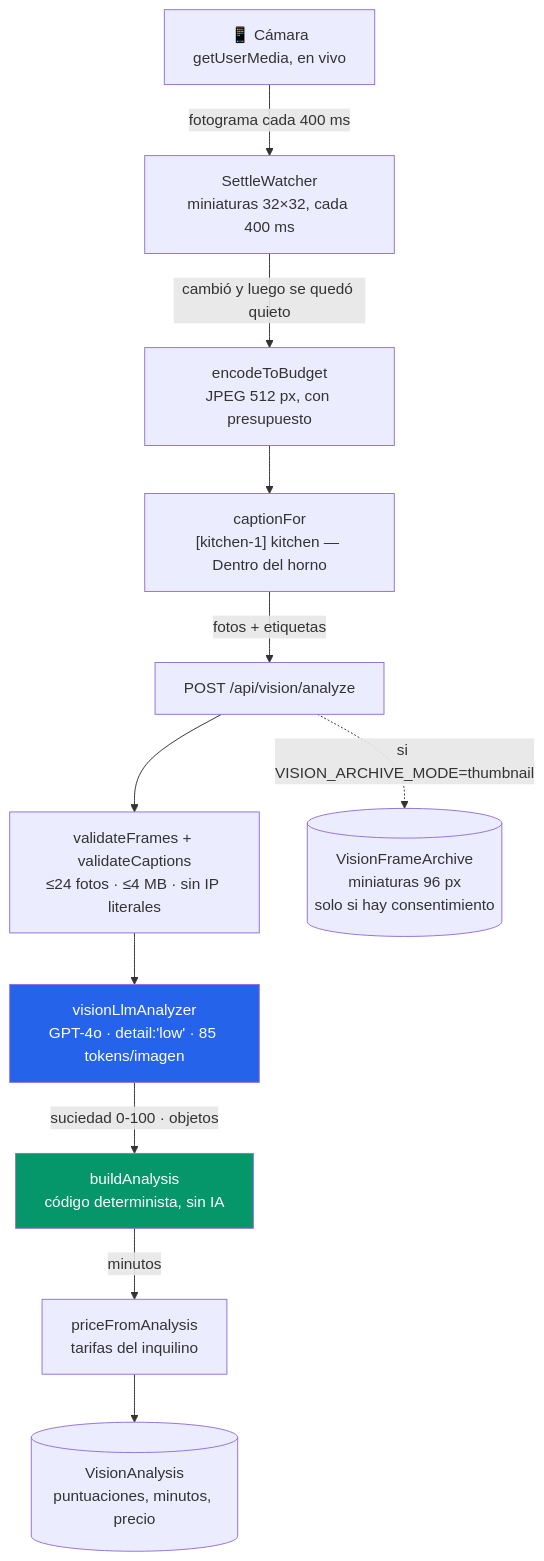
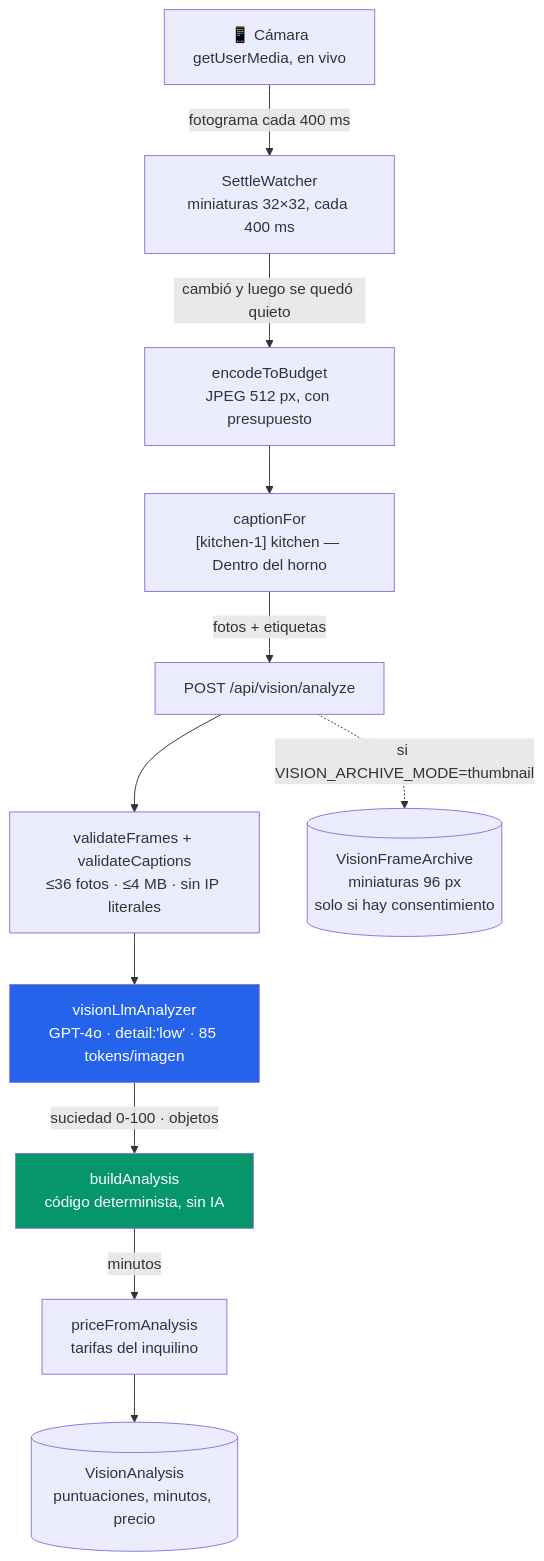
The first of 6 diagrams in docs/ARQUITECTURA.md (lapc276-sys/uberserviciosapp), drawn with Mermaid before and after one commit. The commit also changed 28 other files, not shown here.

````diff
--- a/docs/ARQUITECTURA.md
+++ b/docs/ARQUITECTURA.md
@@ -18,30 +18,30 @@
 ```mermaid
 flowchart TD
     CAM["📱 Cámara<br/>getUserMedia, en vivo"]
     WATCH["SettleWatcher<br/>miniaturas 32×32, cada 400 ms"]
     ENC["encodeToBudget<br/>JPEG 512 px, con presupuesto"]
     CAP["captionFor<br/>[kitchen-1] kitchen — Dentro del horno"]
 
     API["POST /api/vision/analyze"]
-    VAL["validateFrames + validateCaptions<br/>≤24 fotos · ≤4 MB · sin IP literales"]
+    VAL["validateFrames + validateCaptions<br/>≤36 fotos · ≤4 MB · sin IP literales"]
     VLM["visionLlmAnalyzer<br/>GPT-4o · detail:'low' · 85 tokens/imagen"]
     EST["buildAnalysis<br/>código determinista, sin IA"]
     PRICE["priceFromAnalysis<br/>tarifas del inquilino"]
 
     ARCH[("VisionFrameArchive<br/>miniaturas 96 px<br/>solo si hay consentimiento")]
     DB[("VisionAnalysis<br/>puntuaciones, minutos, precio")]
 
     CAM -->|"fotograma cada 400 ms"| WATCH
     WATCH -->|"cambió y luego se quedó quieto"| ENC
     ENC --> CAP
     CAP -->|"fotos + etiquetas"| API
     API --> VAL
     VAL --> VLM
     VLM -->|"suciedad 0-100 · objetos"| EST
     EST -->|"minutos"| PRICE
     PRICE --> DB
     API -.->|"si VISION_ARCHIVE_MODE=thumbnail"| ARCH
 
     style VLM fill:#2563eb,color:#fff
     style EST fill:#059669,color:#fff
 ```
````
